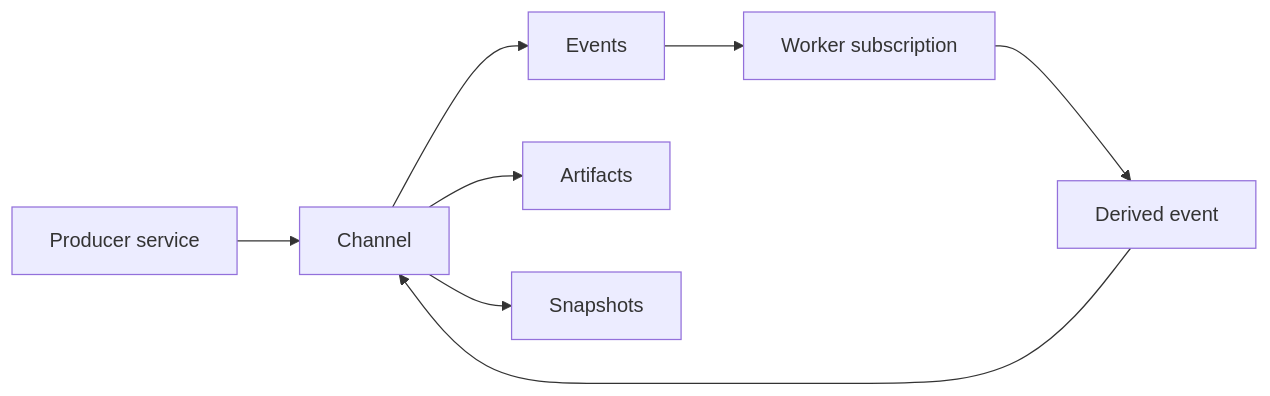
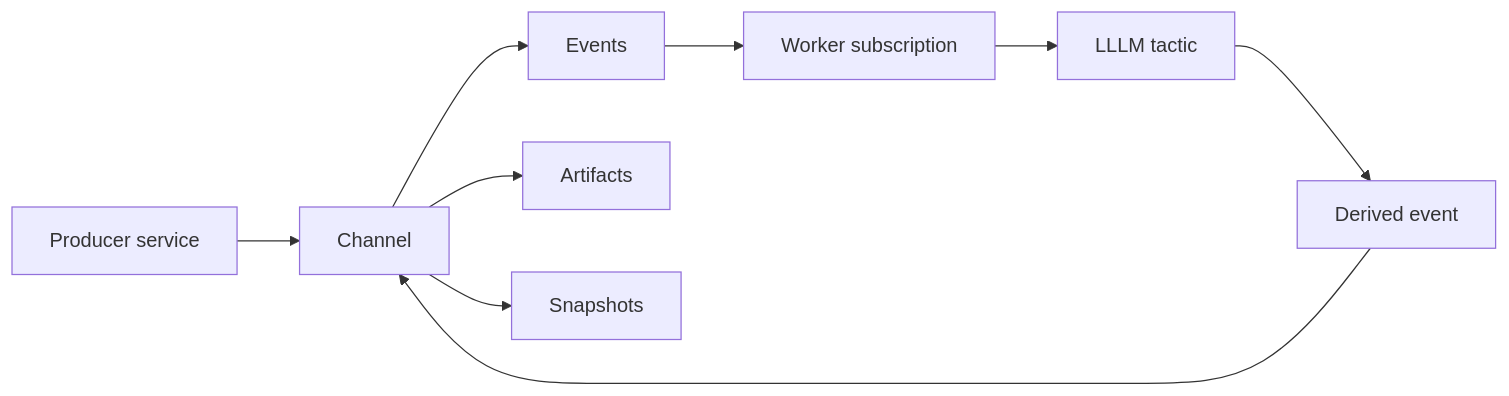
One commit to Productive-Superintelligence/sssn changed the diagram in docs/index.md. Above: the diagram before and after it, drawn with Mermaid. The commit also changed other lines of this file and 24 other files, not shown here.

````diff
--- a/docs/index.md
+++ b/docs/index.md
@@ -63,10 +72,11 @@
 ```mermaid
 flowchart LR
   A["Producer service"] --> B["Channel"]
   B --> C["Events"]
   B --> D["Artifacts"]
   B --> E["Snapshots"]
   C --> F["Worker subscription"]
-  F --> G["Derived event"]
-  G --> B
+  F --> G["LLLM tactic"]
+  G --> H["Derived event"]
+  H --> B
 ```
````
